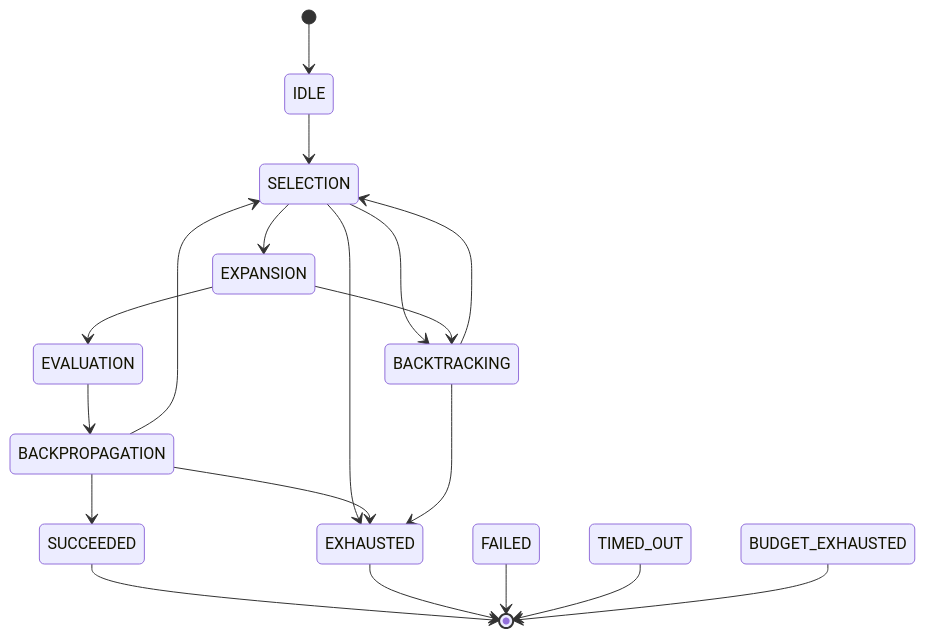
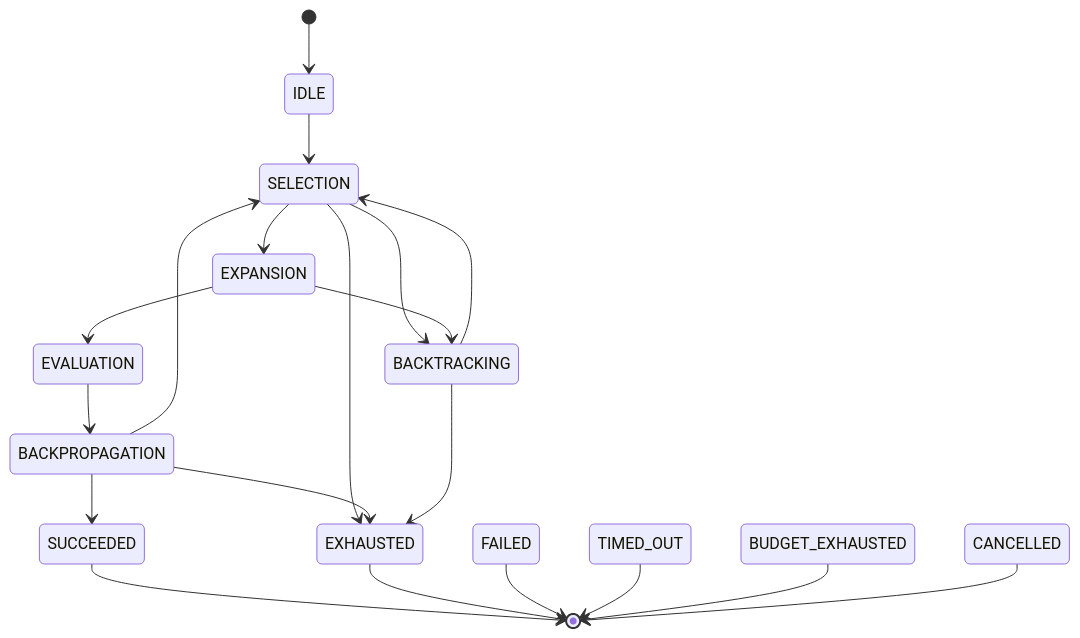
Before and after one commit to Carlosmarroquin20/CognitiveTree-AI: the second of 2 diagrams in README.md, drawn with Mermaid. The commit also changed other lines of this file and 5 other files, not shown here.

````diff
--- a/README.md
+++ b/README.md
@@ -60,21 +60,22 @@
 ```mermaid
 stateDiagram-v2
     [*] --> IDLE
     IDLE --> SELECTION
     SELECTION --> EXPANSION
     SELECTION --> BACKTRACKING
     SELECTION --> EXHAUSTED
     EXPANSION --> EVALUATION
     EXPANSION --> BACKTRACKING
     EVALUATION --> BACKPROPAGATION
     BACKPROPAGATION --> SELECTION
     BACKPROPAGATION --> SUCCEEDED
     BACKPROPAGATION --> EXHAUSTED
     BACKTRACKING --> SELECTION
     BACKTRACKING --> EXHAUSTED
     SUCCEEDED --> [*]
     EXHAUSTED --> [*]
     FAILED --> [*]
     TIMED_OUT --> [*]
     BUDGET_EXHAUSTED --> [*]
+    CANCELLED --> [*]
 ```
````
